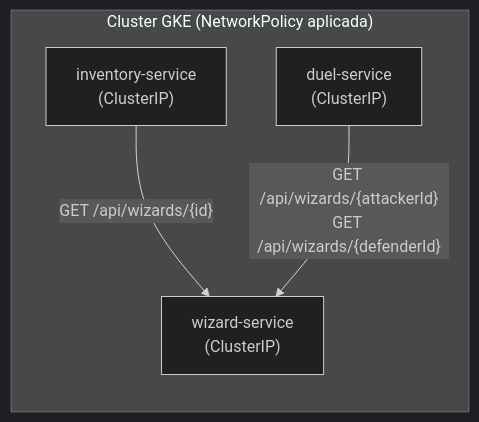
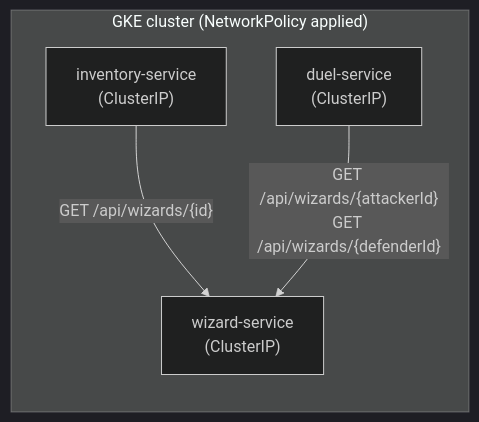
Before and after one commit to aabse/hogwarts-backend: the diagram in GKE_GCP_DEPLOYMENT/08_microservice_interaction_id_validation.md, drawn with Mermaid (dark theme). The commit also changed other lines of this file and 14 other files, not shown here.

````diff
--- a/GKE_GCP_DEPLOYMENT/08_microservice_interaction_id_validation.md
+++ b/GKE_GCP_DEPLOYMENT/08_microservice_interaction_id_validation.md
@@ -18,10 +18,10 @@
 ```mermaid
 flowchart LR
-    subgraph Cluster["Cluster GKE (NetworkPolicy aplicada)"]
+    subgraph Cluster["GKE cluster (NetworkPolicy applied)"]
       INV["inventory-service<br/>(ClusterIP)"]
       DUEL["duel-service<br/>(ClusterIP)"]
       WIZ["wizard-service<br/>(ClusterIP)"]
       INV -->|"GET /api/wizards/{id}"| WIZ
       DUEL -->|"GET /api/wizards/{attackerId}<br/>GET /api/wizards/{defenderId}"| WIZ
     end
 ```
````
